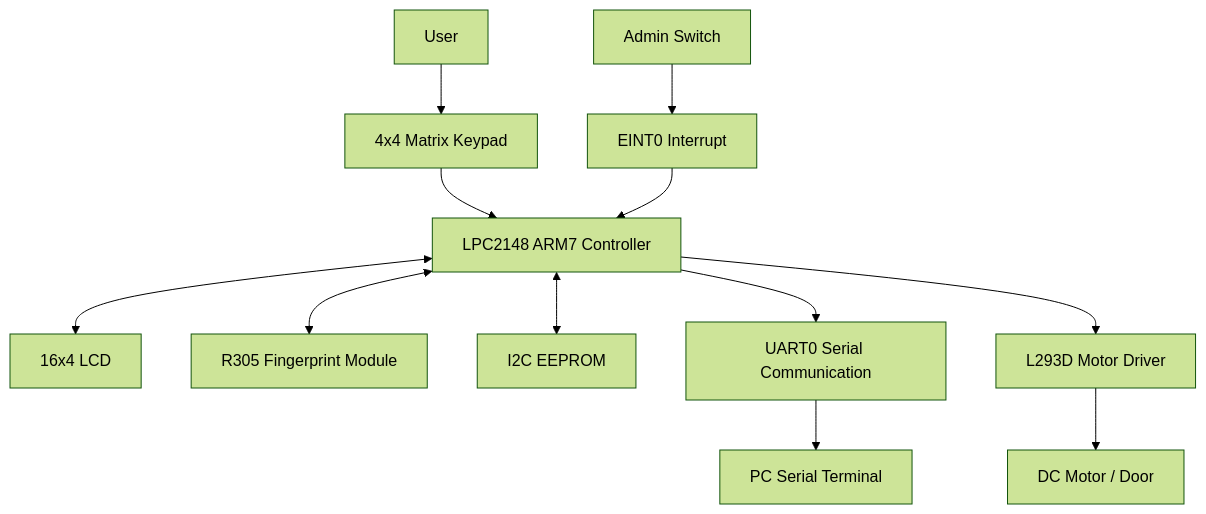
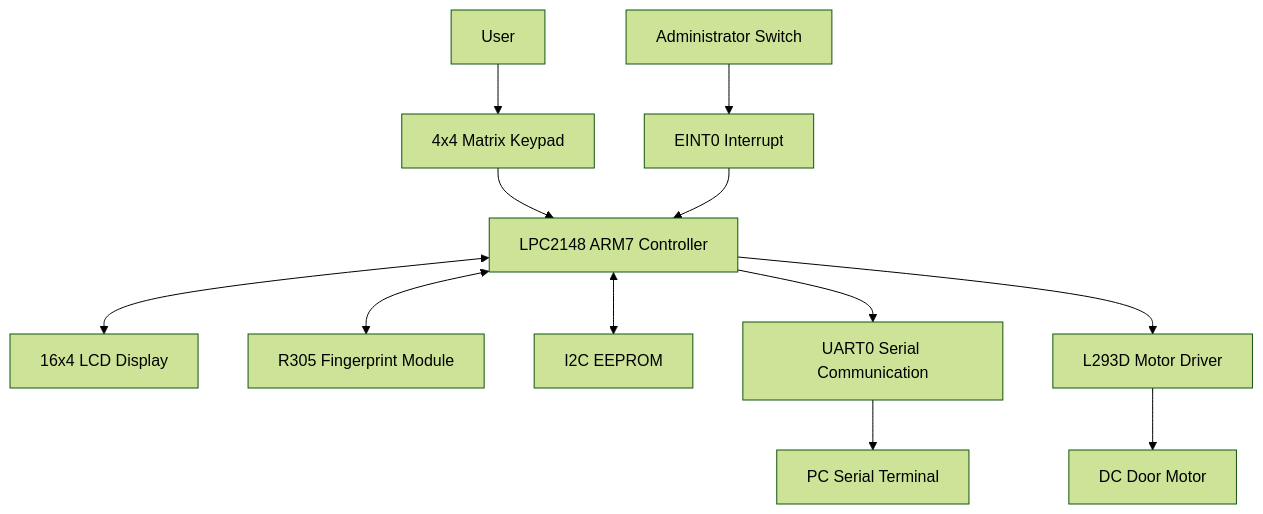
The first of 3 diagrams in README.md (anilss1812/SecureGate-Pro-Intelligent-Multi-Level-Biometric-Access-Control-and-Intrusion-Prevention-System), drawn with Mermaid (forest theme) before and after one commit. The commit also changed other lines of this file, not shown here.

````diff
--- a/README.md
+++ b/README.md
@@ -72,18 +72,18 @@
 ```mermaid
 flowchart TD
     USER[User] --> KEYPAD[4x4 Matrix Keypad]
     KEYPAD --> MCU[LPC2148 ARM7 Controller]
 
-    MCU <--> LCD[16x4 LCD]
+    MCU <--> LCD[16x4 LCD Display]
     MCU <--> FP[R305 Fingerprint Module]
     MCU <--> EEPROM[I2C EEPROM]
 
     MCU --> UART[UART0 Serial Communication]
     UART --> PC[PC Serial Terminal]
 
     MCU --> DRIVER[L293D Motor Driver]
-    DRIVER --> MOTOR[DC Motor / Door]
+    DRIVER --> MOTOR[DC Door Motor]
 
-    SWITCH[Admin Switch] --> EINT[EINT0 Interrupt]
-    EINT --> MCU
+    SWITCH[Administrator Switch] --> INT[EINT0 Interrupt]
+    INT --> MCU
 ```
````
